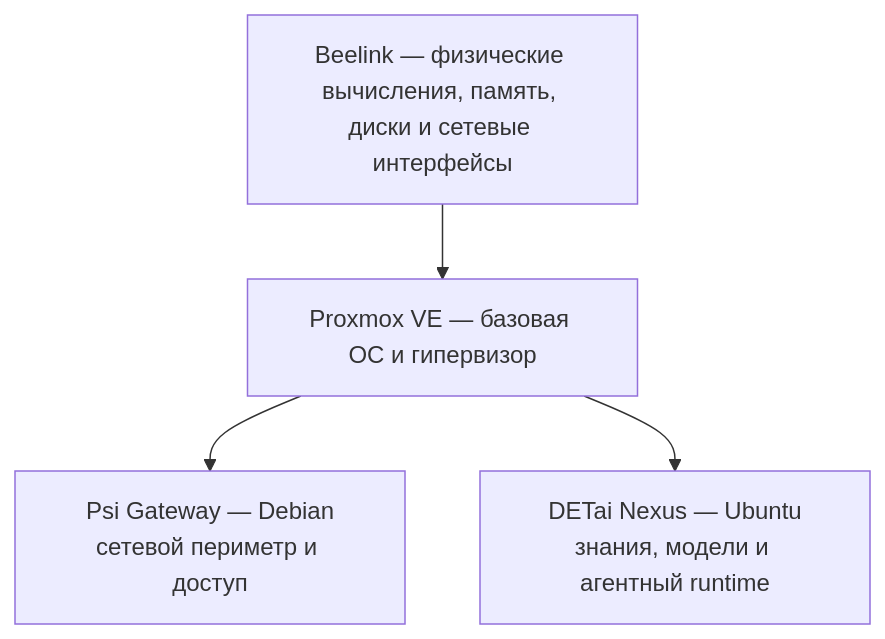
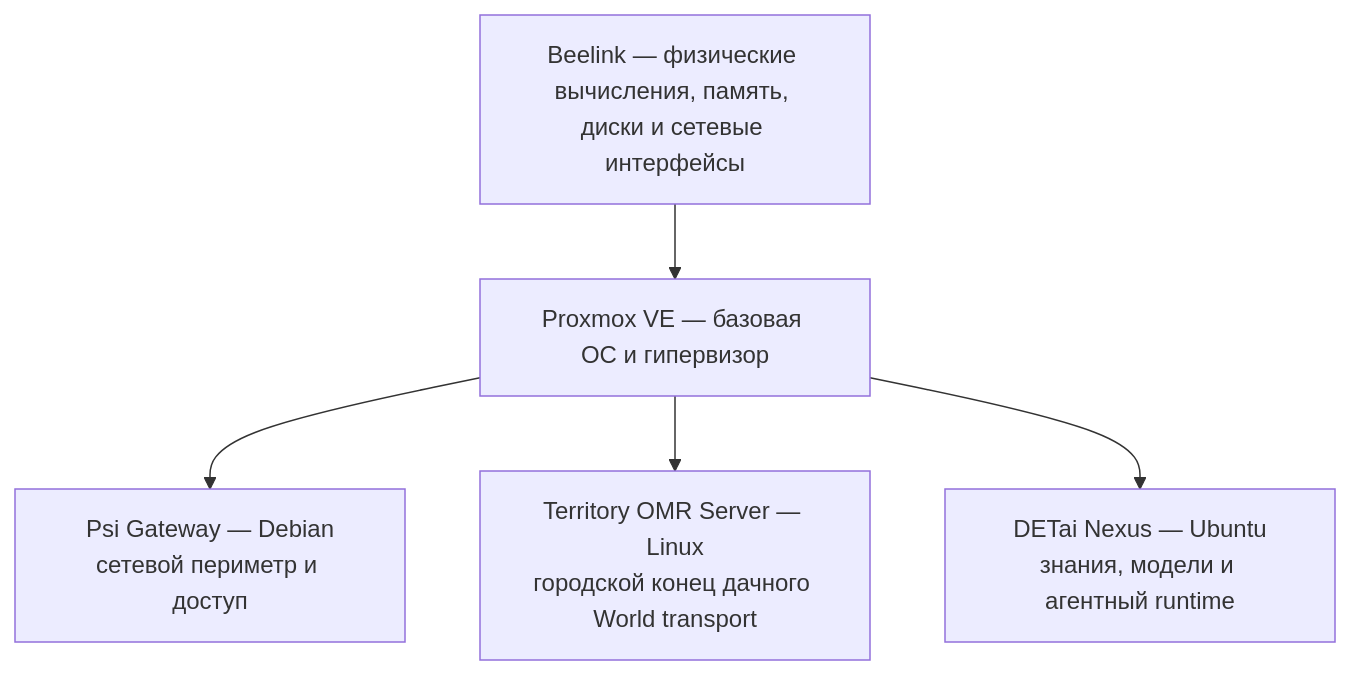
The first of 2 diagrams in knowledge_core/source_of_truth/docs/ecosystem/ru/ecosystem/Infrastructure/home-lab/architecture.md (DETai-org/Knowledge_substrate), drawn with Mermaid before and after one commit. The commit also changed other lines of this file, not shown here.

Commit message:
Connect Home Ψ Lab architecture to Territory Ψ Edge

````diff
--- a/knowledge_core/source_of_truth/docs/ecosystem/ru/ecosystem/Infrastructure/home-lab/architecture.md
+++ b/knowledge_core/source_of_truth/docs/ecosystem/ru/ecosystem/Infrastructure/home-lab/architecture.md
@@ -41,11 +43,13 @@
 ```mermaid
 flowchart TB
     hardware["Beelink — физические вычисления, память, диски и сетевые интерфейсы"]
     proxmox["Proxmox VE — базовая ОС и гипервизор"]
     gateway["Psi Gateway — Debian<br/>сетевой периметр и доступ"]
+    omr["Territory OMR Server — Linux<br/>городской конец дачного World transport"]
     nexus["DETai Nexus — Ubuntu<br/>знания, модели и агентный runtime"]
 
     hardware --> proxmox
     proxmox --> gateway
+    proxmox --> omr
     proxmox --> nexus
 ```
````
